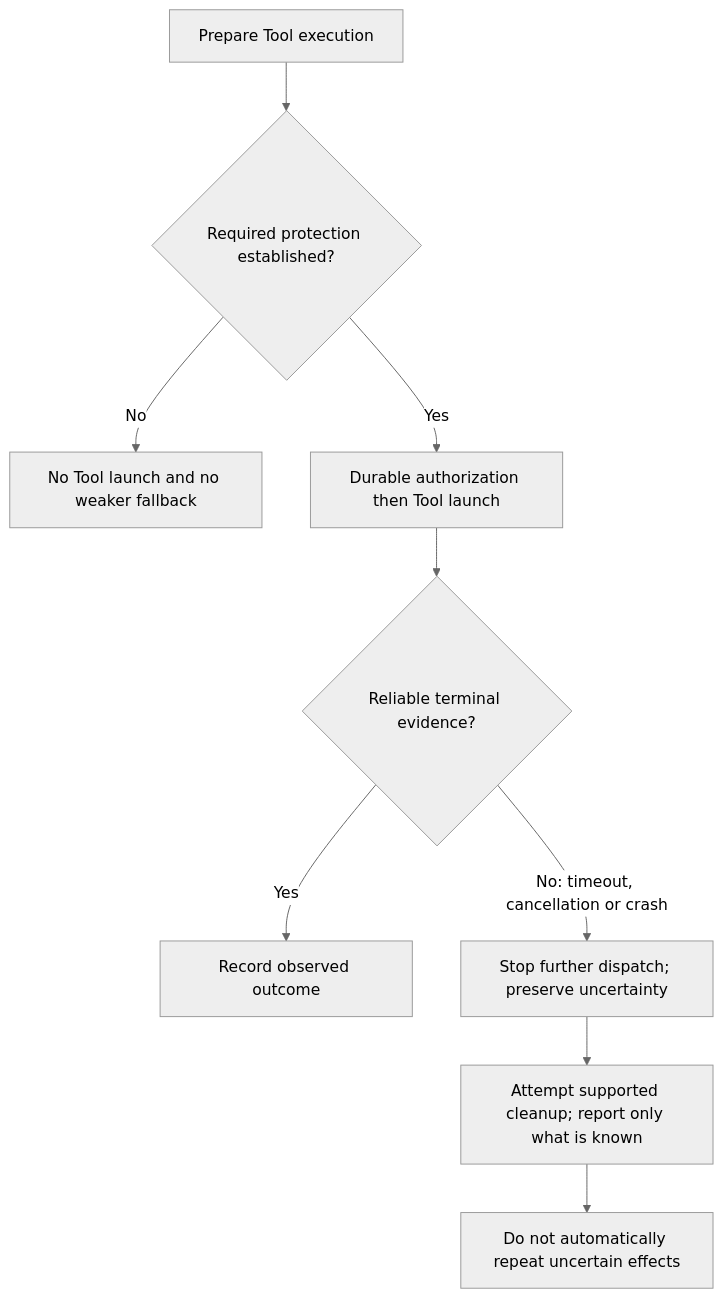
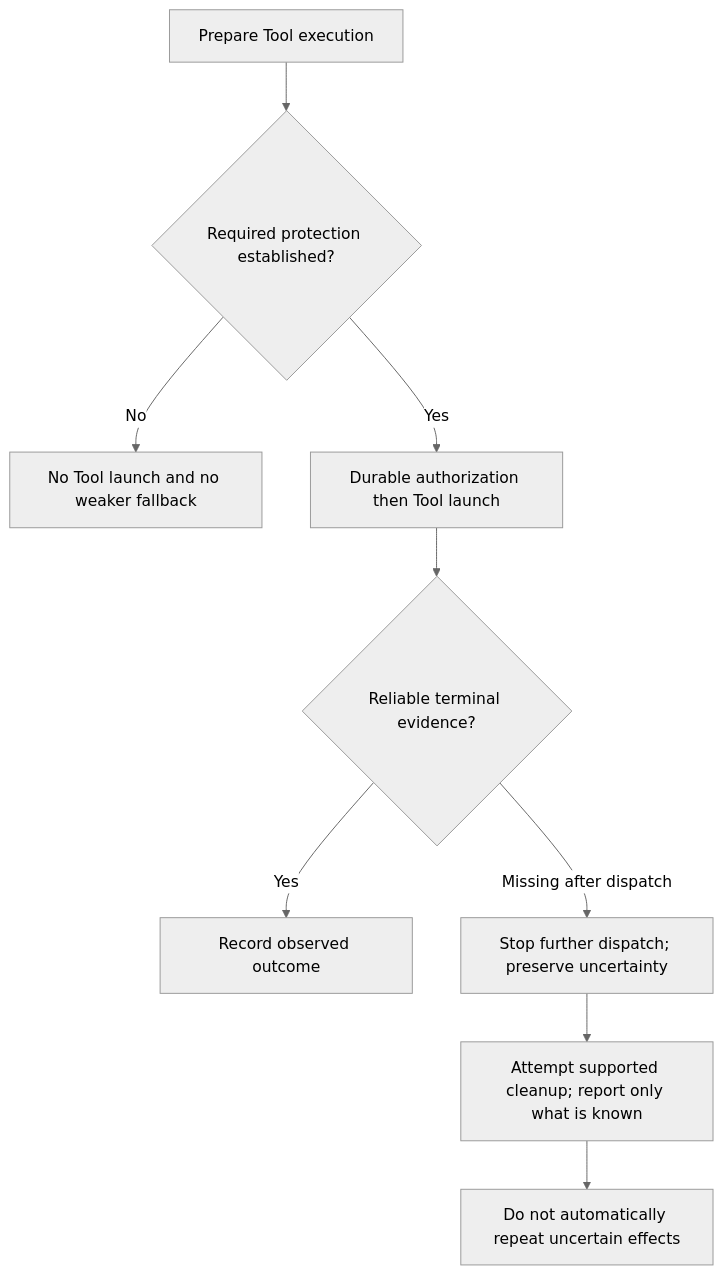
Before and after one commit to Open-Equilibrium/watershed: the sixth of 8 diagrams in docs/concept/flow-agent-executor-architecture.md, drawn with Mermaid (neutral theme). The commit also changed other lines of this file and 174 other files, not shown here.

````diff
--- a/docs/concept/flow-agent-executor-architecture.md
+++ b/docs/concept/flow-agent-executor-architecture.md
@@ -127,11 +117,11 @@
 ```mermaid
 flowchart TD
   Prepare["Prepare Tool execution"] --> Guard{"Required protection established?"}
   Guard -->|No| Refuse["No Tool launch and no weaker fallback"]
   Guard -->|Yes| Start["Durable authorization then Tool launch"]
   Start --> Terminal{"Reliable terminal evidence?"}
   Terminal -->|Yes| Record["Record observed outcome"]
-  Terminal -->|No: timeout, cancellation or crash| Unknown["Stop further dispatch; preserve uncertainty"]
+  Terminal -->|Missing after dispatch| Unknown["Stop further dispatch; preserve uncertainty"]
   Unknown --> Cleanup["Attempt supported cleanup; report only what is known"]
   Cleanup --> NoReplay["Do not automatically repeat uncertain effects"]
 ```
````
